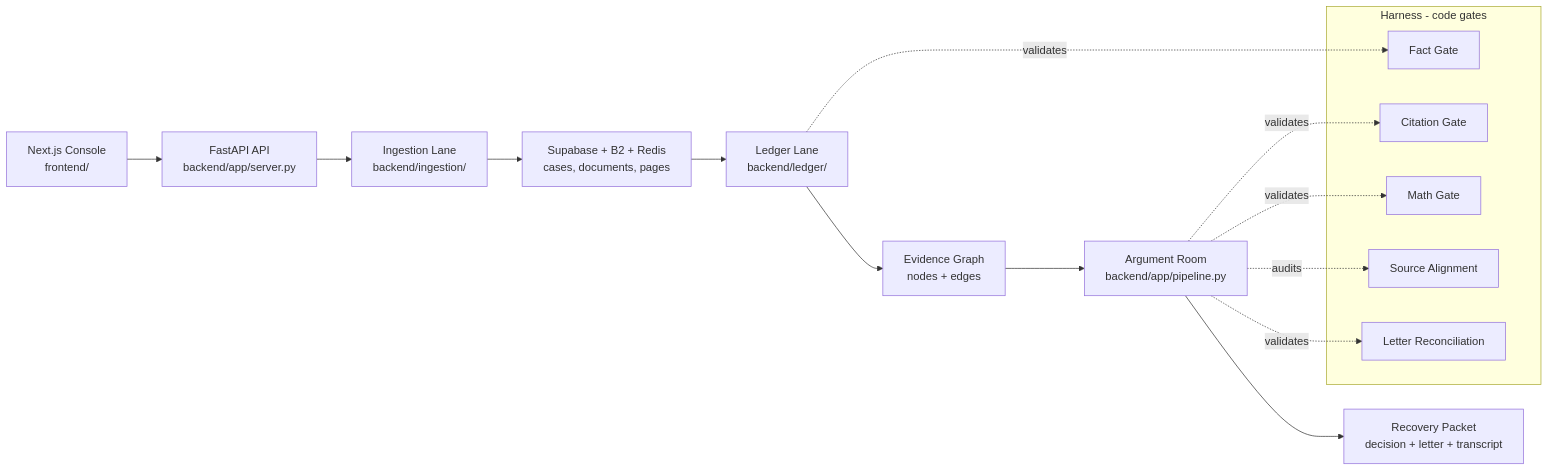
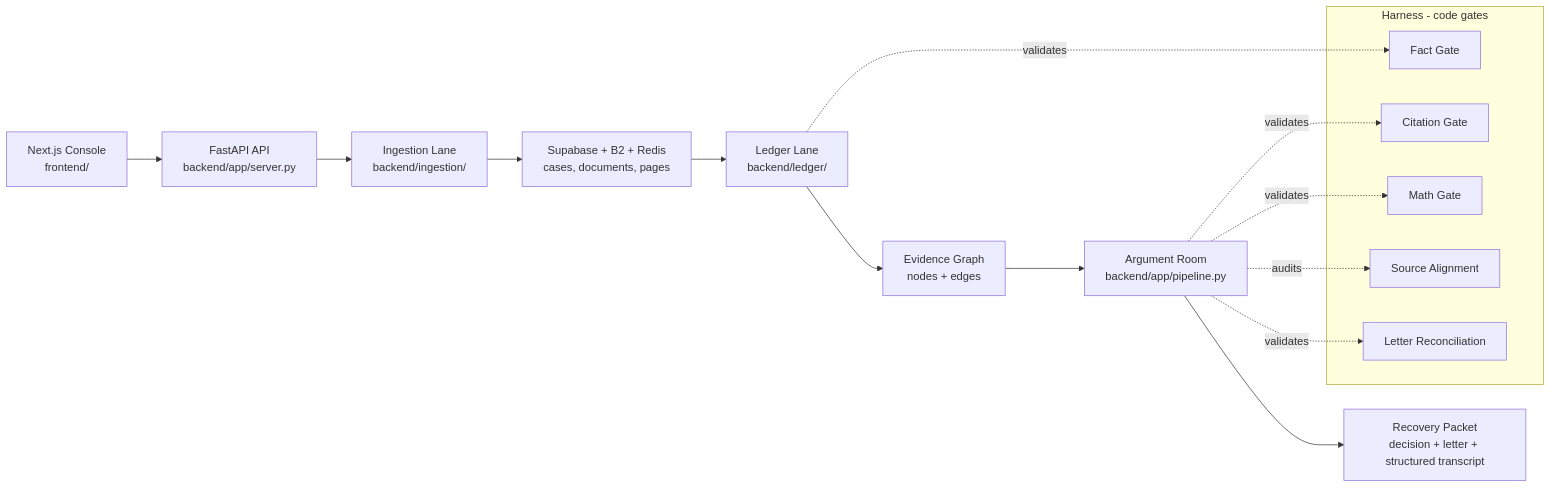
The first of 2 diagrams in docs/architecture.md (DevMhrn/argue-d-agent), drawn with Mermaid before and after one commit. The commit also changed other lines of this file and 43 other files, not shown here.

````diff
--- a/docs/architecture.md
+++ b/docs/architecture.md
@@ -9,24 +9,24 @@
 ```mermaid
 flowchart LR
   UI["Next.js Console\nfrontend/"] --> API["FastAPI API\nbackend/app/server.py"]
   API --> INGEST["Ingestion Lane\nbackend/ingestion/"]
   INGEST --> STORE["Supabase + B2 + Redis\ncases, documents, pages"]
   STORE --> LEDGER["Ledger Lane\nbackend/ledger/"]
   LEDGER --> GRAPH["Evidence Graph\nnodes + edges"]
   GRAPH --> ROOM["Argument Room\nbackend/app/pipeline.py"]
-  ROOM --> PACKET["Recovery Packet\ndecision + letter + transcript"]
+  ROOM --> PACKET["Recovery Packet\ndecision + letter + structured transcript"]
 
   subgraph HARNESS["Harness - code gates"]
     FACT["Fact Gate"]
     CITE["Citation Gate"]
     MATH["Math Gate"]
     ALIGN["Source Alignment"]
     LETTER["Letter Reconciliation"]
   end
 
   LEDGER -. validates .-> FACT
   ROOM -. validates .-> CITE
   ROOM -. validates .-> MATH
   ROOM -. audits .-> ALIGN
   ROOM -. validates .-> LETTER
 ```
````
